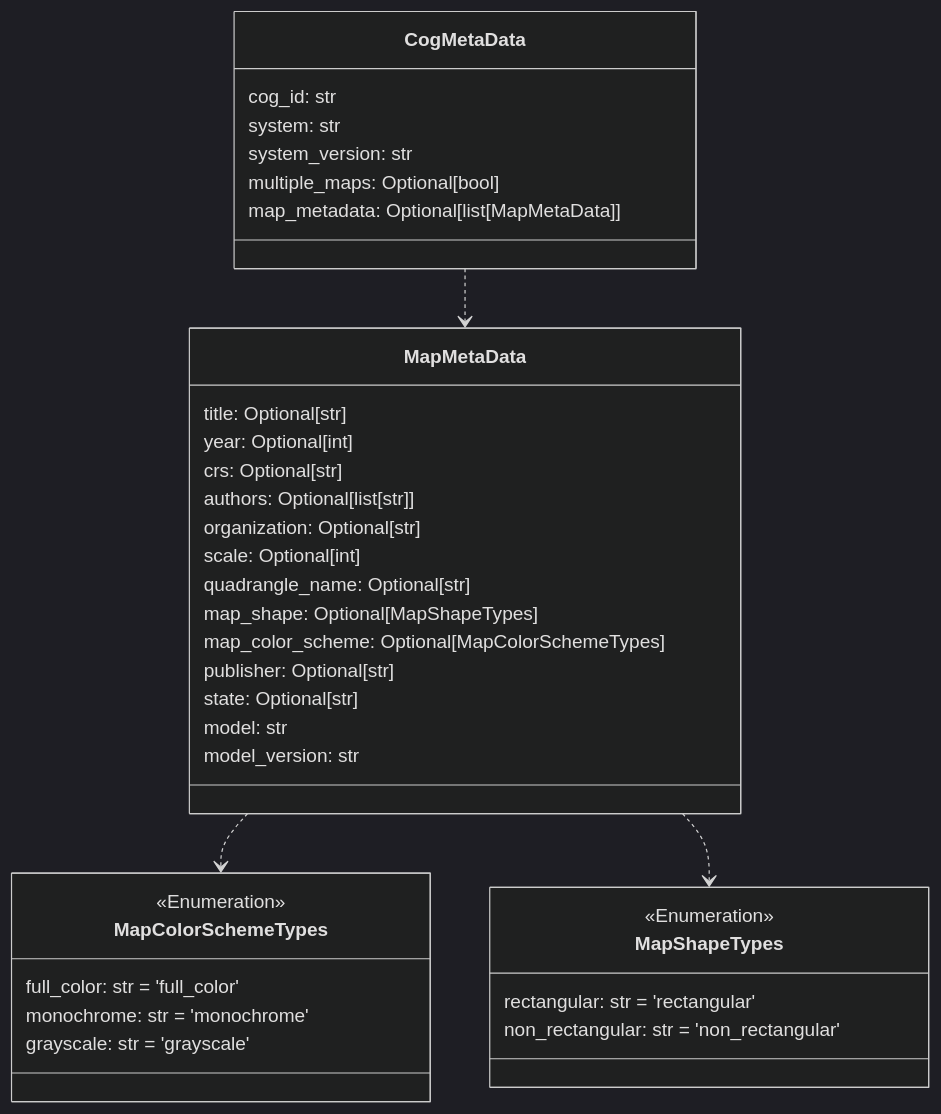
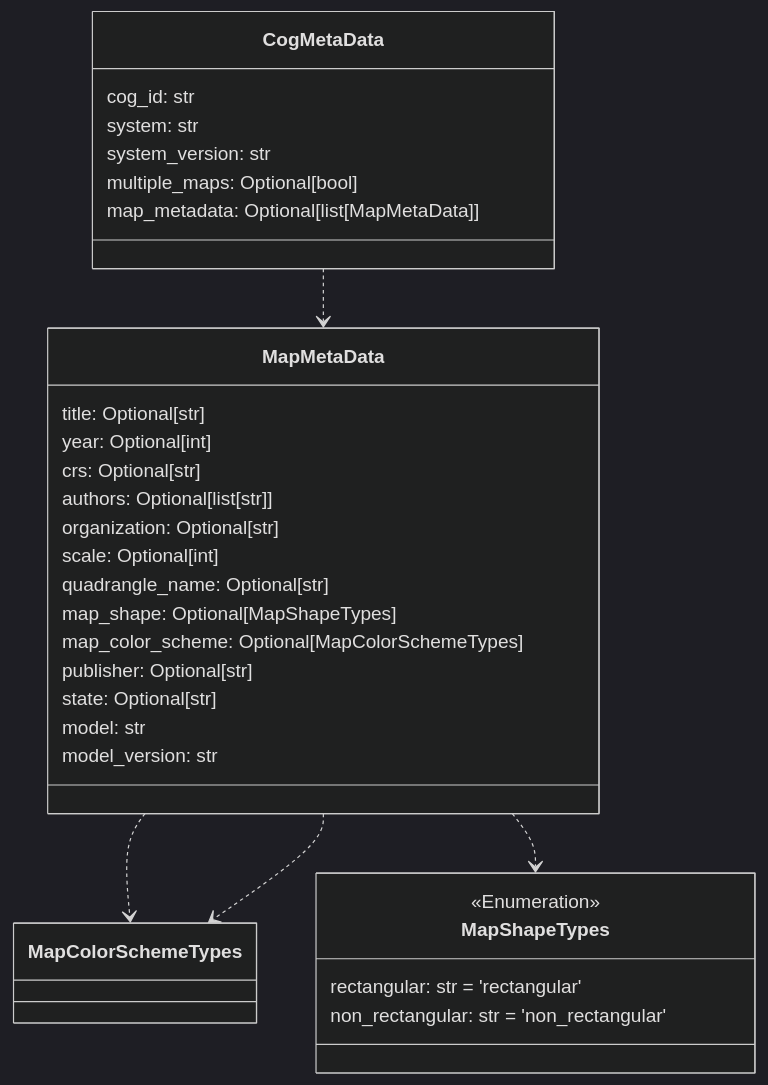
Before and after one commit to DARPA-CRITICALMAAS/cdr_schemas: the eighth of 12 diagrams in README.md, drawn with Mermaid (dark theme). The commit also changed other lines of this file and 2 other files, not shown here.

````diff
--- a/README.md
+++ b/README.md
@@ -613,46 +657,40 @@
 ```mermaid
 classDiagram
-
-    class MapColorSchemeTypes {
-        <<Enumeration>>
-        full_color: str = 'full_color'
-        monochrome: str = 'monochrome'
-        grayscale: str = 'grayscale'
-    }
 
     class CogMetaData {
         cog_id: str
         system: str
         system_version: str
         multiple_maps: Optional[bool]
         map_metadata: Optional[list[MapMetaData]]
     }
 
     class MapMetaData {
         title: Optional[str]
         year: Optional[int]
         crs: Optional[str]
         authors: Optional[list[str]]
         organization: Optional[str]
         scale: Optional[int]
         quadrangle_name: Optional[str]
         map_shape: Optional[MapShapeTypes]
         map_color_scheme: Optional[MapColorSchemeTypes]
         publisher: Optional[str]
         state: Optional[str]
         model: str
         model_version: str
     }
 
     class MapShapeTypes {
         <<Enumeration>>
         rectangular: str = 'rectangular'
         non_rectangular: str = 'non_rectangular'
     }
 
     MapMetaData ..> MapColorSchemeTypes
     MapMetaData ..> MapShapeTypes
+    MapMetaData ..> MapColorSchemeTypes
     CogMetaData ..> MapMetaData
 
 
 ```
````
